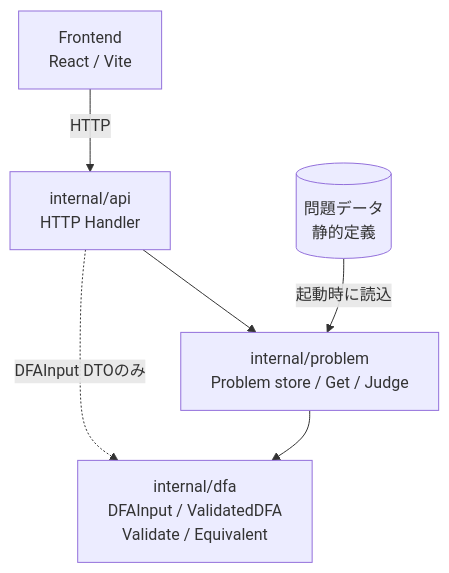
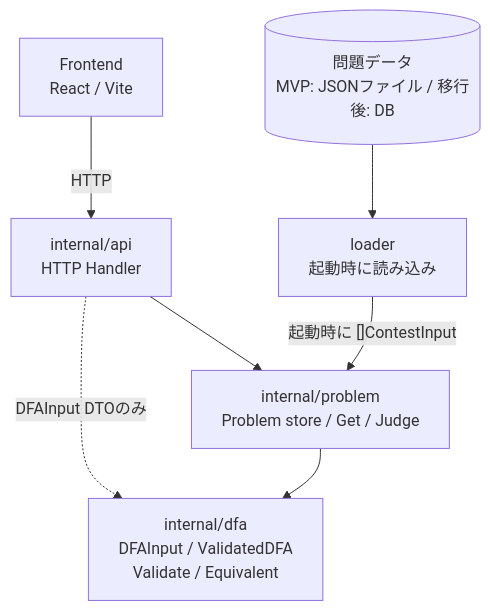
The first of 5 diagrams in docs/reference/system-design.md (automaton-games/fa-design-game), drawn with Mermaid before and after one commit. The commit also changed other lines of this file and 6 other files, not shown here.

````diff
--- a/docs/reference/system-design.md
+++ b/docs/reference/system-design.md
@@ -25,13 +25,15 @@
 ```mermaid
 graph TD
     FE["Frontend<br/>React / Vite"]
     API["internal/api<br/>HTTP Handler"]
     PROB["internal/problem<br/>Problem store / Get / Judge"]
     DFA["internal/dfa<br/>DFAInput / ValidatedDFA<br/>Validate / Equivalent"]
-    DATA[("問題データ<br/>静的定義")]
+    DATA[("問題データ<br/>MVP: JSONファイル / 移行後: DB")]
+    LOAD["loader<br/>起動時に読み込み"]
     FE -->|HTTP| API
     API --> PROB
     API -.->|DFAInput DTOのみ| DFA
     PROB --> DFA
-    DATA -->|起動時に読込| PROB
+    DATA --> LOAD
+    LOAD -->|"起動時に []ContestInput"| PROB
 ```
````
